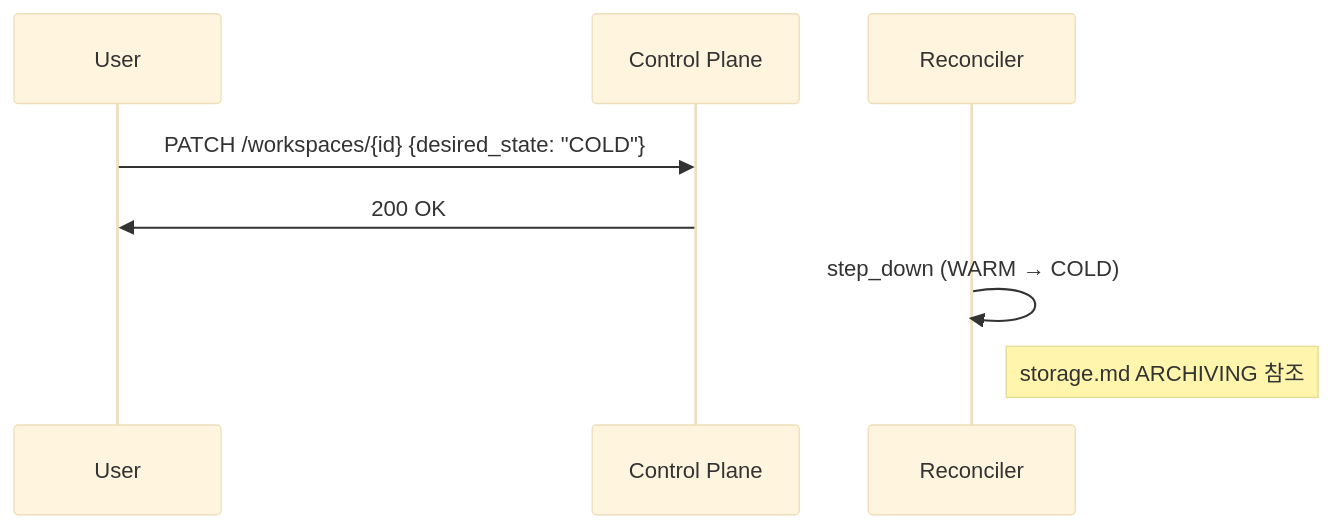
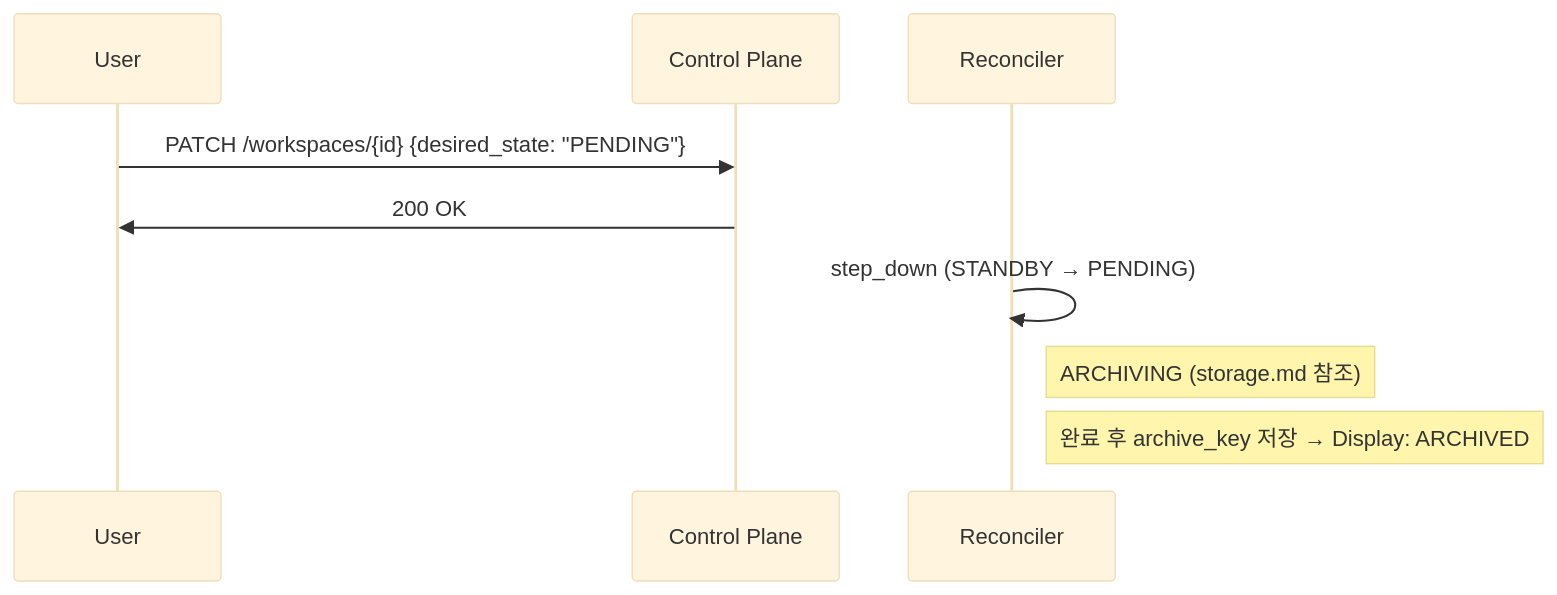
The seventh of 9 diagrams in docs/spec_v2/flows.md (cagojeiger/code-hub), drawn with Mermaid (base theme) before and after one commit. The commit also changed other lines of this file and 11 other files, not shown here.

````diff
--- a/docs/spec_v2/flows.md
+++ b/docs/spec_v2/flows.md
@@ -157,12 +164,13 @@
 ```mermaid
 sequenceDiagram
     participant U as User
     participant API as Control Plane
     participant R as Reconciler
 
-    U->>API: PATCH /workspaces/{id} {desired_state: "COLD"}
+    U->>API: PATCH /workspaces/{id} {desired_state: "PENDING"}
     API->>U: 200 OK
 
-    R->>R: step_down (WARM → COLD)
-    Note right of R: storage.md ARCHIVING 참조
+    R->>R: step_down (STANDBY → PENDING)
+    Note right of R: ARCHIVING (storage.md 참조)
+    Note right of R: 완료 후 archive_key 저장 → Display: ARCHIVED
 ```
````
